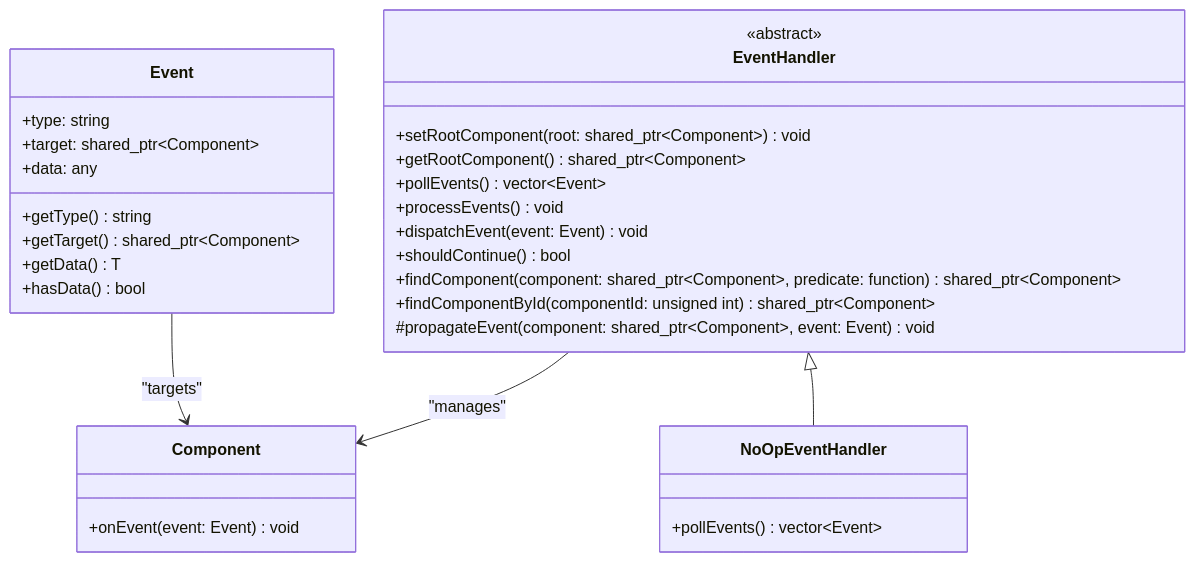
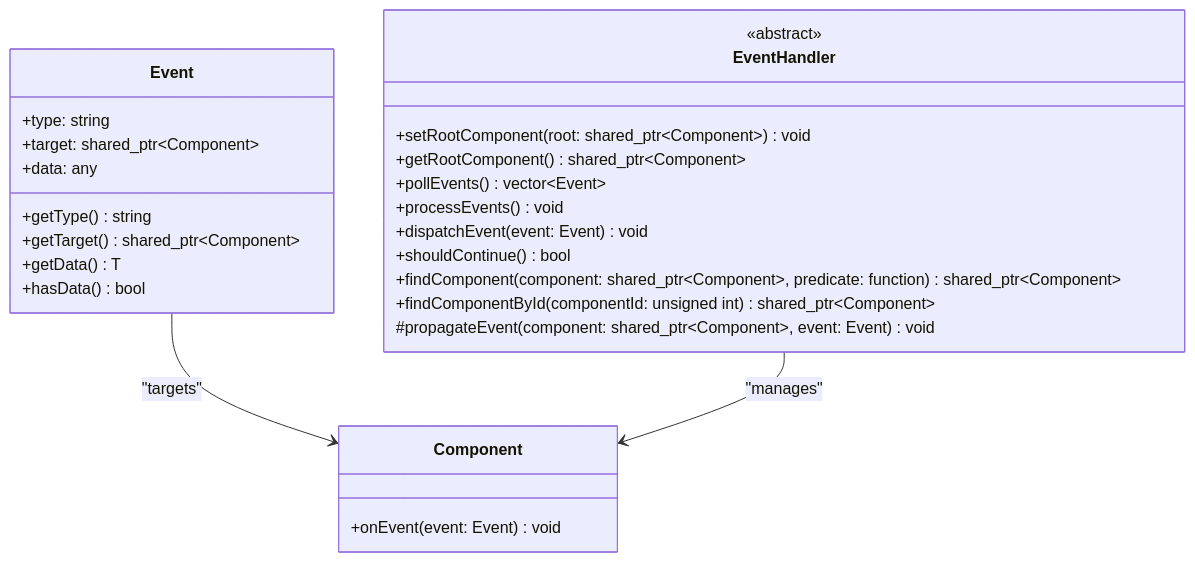
Before and after one commit to etib-corp/guillaume: the second of 6 diagrams in docs/ARCHITECTURE.md, drawn with Mermaid. The commit also changed other lines of this file and 11 other files, not shown here.

````diff
--- a/docs/ARCHITECTURE.md
+++ b/docs/ARCHITECTURE.md
@@ -51,37 +51,32 @@
 ```mermaid
 classDiagram
   class Event {
     +type: string
     +target: shared_ptr~Component~
     +data: any
     +getType() string
     +getTarget() shared_ptr~Component~
     +getData() T
     +hasData() bool
   }
 
   class Component {
     +onEvent(event: Event) void
   }
 
   class EventHandler {
     <<abstract>>
     +setRootComponent(root: shared_ptr~Component~) void
     +getRootComponent() shared_ptr~Component~
     +pollEvents() vector~Event~
     +processEvents() void
     +dispatchEvent(event: Event) void
     +shouldContinue() bool
     +findComponent(component: shared_ptr~Component~, predicate: function) shared_ptr~Component~
     +findComponentById(componentId: unsigned int) shared_ptr~Component~
     #propagateEvent(component: shared_ptr~Component~, event: Event) void
   }
 
-  class NoOpEventHandler {
-    +pollEvents() vector~Event~
-  }
-
   Event --> Component : "targets"
   EventHandler --> Component : "manages"
-  EventHandler <|-- NoOpEventHandler
 ```
````
